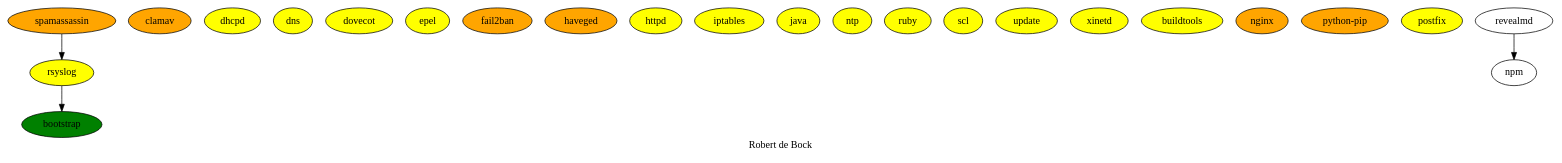
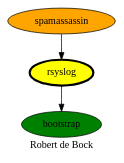
One commit to robertdebock/robertdebock.github.io changed the diagram in rsyslog.dot. Above: the diagram before and after it, drawn with Graphviz.

Commit message:
Fixing rsyslog

```diff
--- a/rsyslog.dot
+++ b/rsyslog.dot
@@ -1,31 +1,11 @@
 digraph PhiloDilemma {
   label = "Robert de Bock" ;
   overlap=false
   {
     bootstrap [fillcolor=green style=filled]
-    clamav [fillcolor=orange style=filled]
-    dhcpd [fillcolor=yellow style=filled]
-    dns [fillcolor=yellow style=filled]
-    dovecot [fillcolor=yellow style=filled]
-    epel [fillcolor=yellow style=filled]
-    fail2ban [fillcolor=orange style=filled]
-    haveged [fillcolor=orange style=filled]
-    httpd [fillcolor=yellow style=filled]
-    iptables [fillcolor=yellow style=filled]
-    java [fillcolor=yellow style=filled]
-    ntp [fillcolor=yellow style=filled]
-    ruby [fillcolor=yellow style=filled]
-    scl [fillcolor=yellow style=filled]
-    update [fillcolor=yellow style=filled]
-    xinetd [fillcolor=yellow style=filled]
-    buildtools [fillcolor=yellow style=filled]
-    nginx [fillcolor=orange style=filled]
-    "python-pip" [fillcolor=orange style=filled]
-    postfix [fillcolor=yellow style=filled]
-    rsyslog [fillcolor=yellow style=filled]
+    rsyslog [fillcolor=yellow style=filled penwidth=3]
     spamassassin [fillcolor=orange style=filled]
   }
+  spamassassin -> rsyslog
   rsyslog -> bootstrap
-  revealmd -> npm
-  spamassassin -> rsyslog
 }
```
